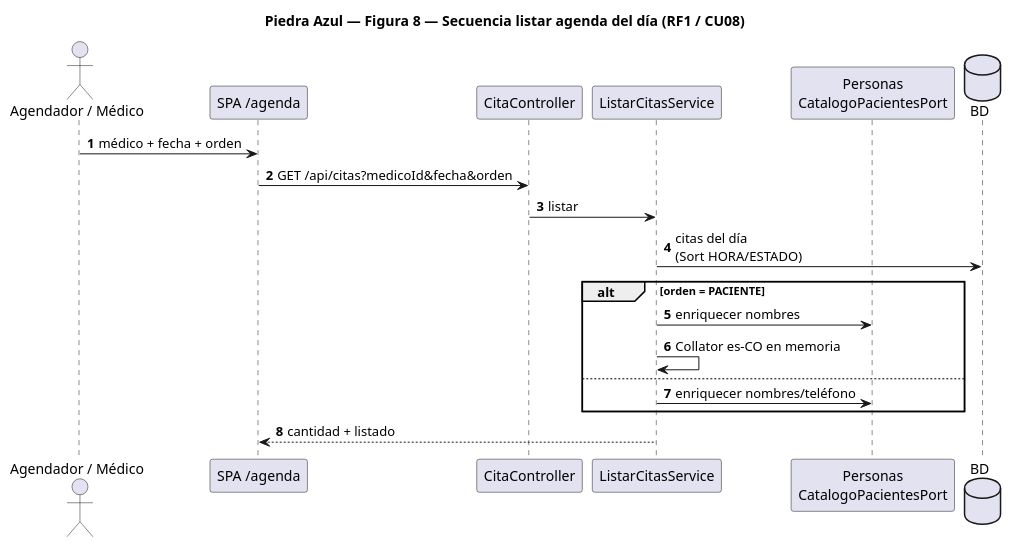
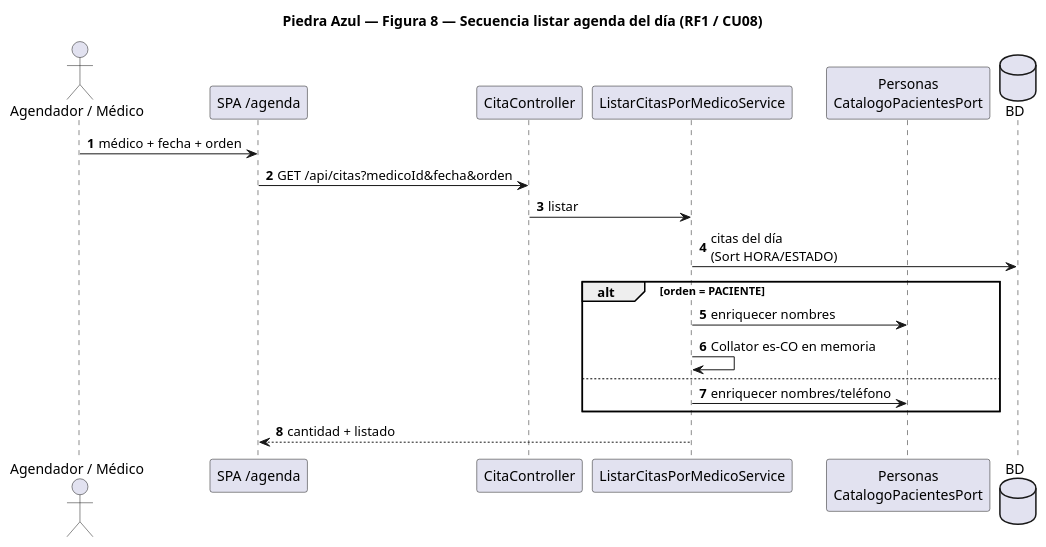
Before and after one commit to jaimecharfuelan-pixel/Piedra-Azul: the diagram in diagramas-sad/08-secuencia-listar-agenda.puml, drawn with PlantUML. The commit also changed 8 other files, not shown here.

Commit message:
Diagramas SAD actualizados y añadidos

```diff
--- a/diagramas-sad/08-secuencia-listar-agenda.puml
+++ b/diagramas-sad/08-secuencia-listar-agenda.puml
@@ -1,26 +1,26 @@
 @startuml 08-secuencia-listar-agenda
 title Piedra Azul — Figura 8 — Secuencia listar agenda del día (RF1 / CU08)
 skinparam backgroundColor white
 skinparam shadowing false
 autonumber
 
 actor "Agendador / Médico" as A
 participant "SPA /agenda" as FE
 participant "CitaController" as CC
-participant "ListarCitasService" as L
+participant "ListarCitasPorMedicoService" as L
 participant "Personas\nCatalogoPacientesPort" as P
 database "BD" as DB
 
 A -> FE : médico + fecha + orden
 FE -> CC : GET /api/citas?medicoId&fecha&orden
 CC -> L : listar
 L -> DB : citas del día\n(Sort HORA/ESTADO)
 alt orden = PACIENTE
   L -> P : enriquecer nombres
   L -> L : Collator es-CO en memoria
 else
   L -> P : enriquecer nombres/teléfono
 end
 L --> FE : cantidad + listado
 
 @enduml
```
